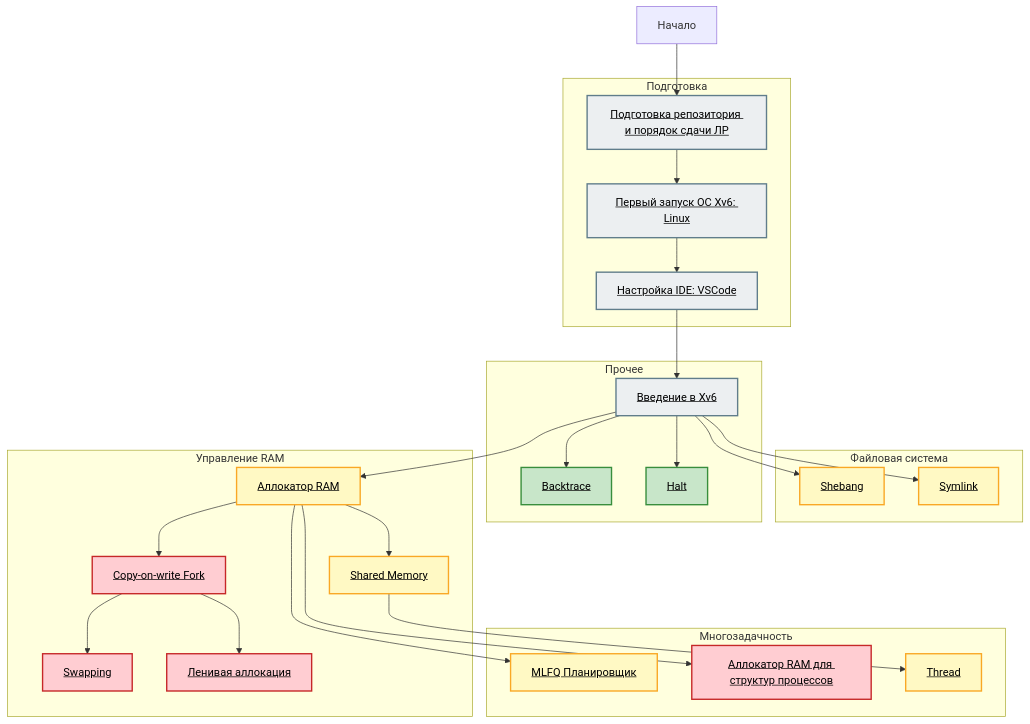
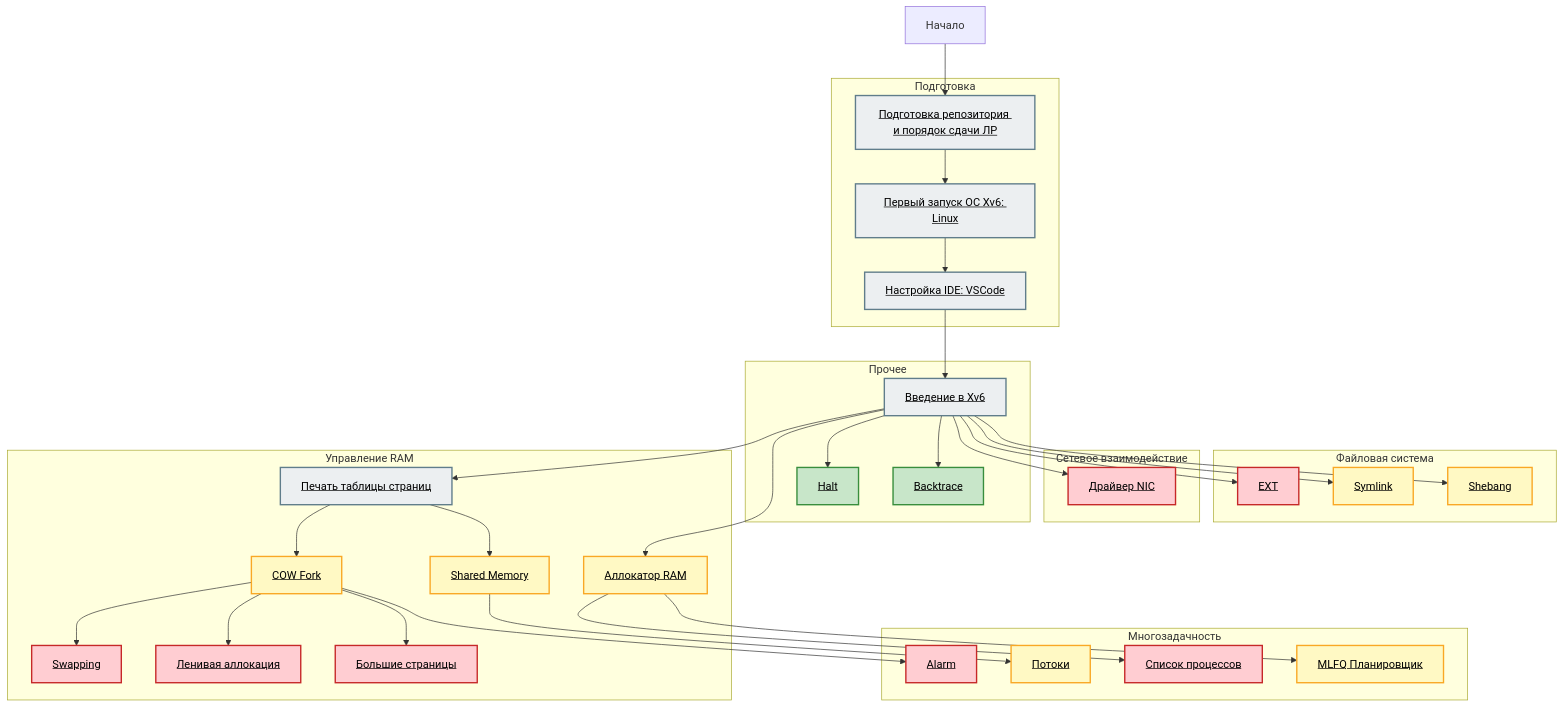
One commit to secs-dev/xv6-riscv changed the diagram in README.md. Above: the diagram before and after it, drawn with Mermaid. The commit also changed 5 other files, not shown here.

Commit message:
plan alarm, ext, hugepage, nic

````diff
--- a/README.md
+++ b/README.md
@@ -13,6 +13,11 @@
     subgraph fs ["Файловая система"]
         shebang["<a href='/doc/lab/shebang.md' style='color:black;'>Shebang</a>"]
         symlink["<a href='/doc/lab/symlink.md' style='color:black;'>Symlink</a>"]
+        ext["<a href='/doc/lab/ext.md' style='color:black;'>EXT</a>"]
+    end
+
+    subgraph net ["Сетевое взаимодействие"]
+        nic["<a href='/doc/lab/nic.md' style='color:black;'>Драйвер NIC</a>"]
     end
 
     subgraph misc ["Прочее"]
@@ -23,16 +28,19 @@
 
     subgraph mp ["Многозадачность"]
         mlfq["<a href='/doc/lab/mlfq.md' style='color:black;'>MLFQ Планировщик</a>"]
-        allocproc["<a href='/doc/lab/allocproc.md' style='color:black;'>Аллокатор RAM для структур процессов</a>"]
-        thread["<a href='/doc/lab/thread.md' style='color:black;'>Thread</a>"]
+        allocproc["<a href='/doc/lab/allocproc.md' style='color:black;'>Список процессов</a>"]
+        thread["<a href='/doc/lab/thread.md' style='color:black;'>Потоки</a>"]
+        alarm["<a href='/doc/lab/alarm.md' style='color:black;'>Alarm</a>"]
     end
 
     subgraph mm ["Управление RAM"]
         filealloc["<a href='/doc/lab/filealloc.md' style='color:black;'>Аллокатор RAM</a>"]
+        pteprint["<a href='/doc/lab/printpte.md' style='color:black;'>Печать таблицы страниц</a>"]
         shmem["<a href='/doc/lab/shmem.md' style='color:black;'>Shared Memory</a>"]
-        cow["<a href='/doc/lab/cow.md' style='color:black;'>Copy-on-write Fork</a>"]
+        cow["<a href='/doc/lab/cow.md' style='color:black;'>COW Fork</a>"]
         swap["<a href='/doc/lab/swap.md' style='color:black;'>Swapping</a>"]
         lazyalloc["<a href='/doc/lab/lazyalloc.md' style='color:black;'>Ленивая аллокация</a>"]
+        hugepage["<a href='/doc/lab/hugepage.md' style='color:black;'>Большие страницы</a>"]
     end
 
     start --> repo
@@ -41,6 +49,9 @@
 
     intro --> shebang
     intro --> symlink
+    intro --> ext
+
+    intro --> nic
 
     vscode --> intro
     intro --> backtrace
@@ -49,10 +60,13 @@
     filealloc --> mlfq
     filealloc --> allocproc
     shmem --> thread
+    cow --> alarm
 
     intro --> filealloc
-    filealloc --> shmem
-    filealloc --> cow
+    intro --> pteprint
+    pteprint --> shmem
+    pteprint --> cow
+    cow --> hugepage
     cow --> lazyalloc
     cow --> swap
 
@@ -67,10 +81,14 @@
     class backtrace,halt easy
 
     class shebang,symlink medium
+    class ext hard
+
+    class nic hard
 
     class thread,mlfq medium
-    class allocproc hard
+    class alarm,allocproc hard
 
-    class filealloc,shmem medium
-    class cow,swap,lazyalloc hard
+    class pteprint free
+    class filealloc,cow,shmem medium
+    class swap,lazyalloc,hugepage hard
 ```
````
